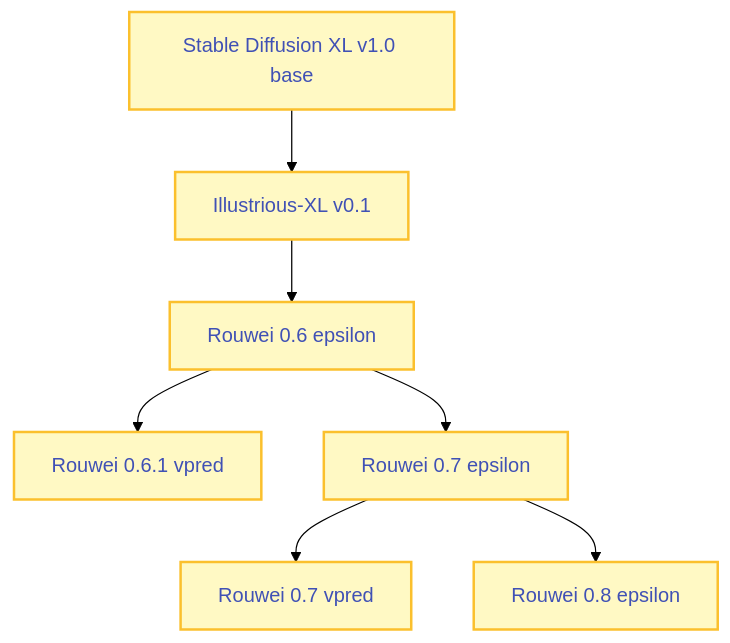
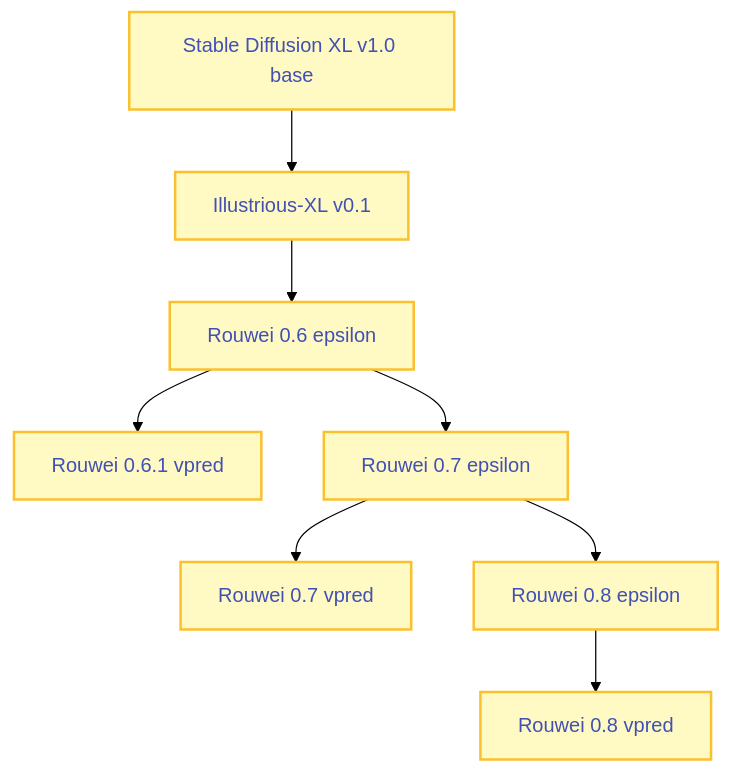
One commit to 2ch-ai/wiki changed the fifth of 5 diagrams in docs/nai/models/stable-diffusion-xl.md. Above: the diagram before and after it, drawn with Mermaid (forest theme). The commit also changed other lines of this file, not shown here.

Commit message:
added info about rouwei 0.8 vpred

````diff
--- a/docs/nai/models/stable-diffusion-xl.md
+++ b/docs/nai/models/stable-diffusion-xl.md
@@ -377,33 +377,36 @@
 ``` mermaid
 flowchart TD
 
 %% Nodes
 SDXL["Stable Diffusion XL v1.0 base"]
 Illustrious_v0.1["Illustrious-XL v0.1"]
 Rouwei_0.6_eps["Rouwei 0.6 epsilon"]
 Rouwei_0.6.1_vpred["Rouwei 0.6.1 vpred"]
 Rouwei_0.7_eps["Rouwei 0.7 epsilon"]
 Rouwei_0.7_vpred["Rouwei 0.7 vpred"]
 Rouwei_0.8_eps["Rouwei 0.8 epsilon"]
+Rouwei_0.8_vpred["Rouwei 0.8 vpred"]
 
 %% Relationships between models
 SDXL --> Illustrious_v0.1
 Illustrious_v0.1 --> Rouwei_0.6_eps
 Rouwei_0.6_eps --> Rouwei_0.6.1_vpred
 Rouwei_0.6_eps --> Rouwei_0.7_eps
 Rouwei_0.7_eps --> Rouwei_0.7_vpred
 Rouwei_0.7_eps --> Rouwei_0.8_eps
+Rouwei_0.8_eps --> Rouwei_0.8_vpred
 
 %% Clickable links
 click SDXL "https://huggingface.co/stabilityai/stable-diffusion-xl-base-1.0"
 click Illustrious_v0.1 "https://civitai.com/models/795765/illustrious-xl"
 click Rouwei_0.6_eps "https://civitai.com/models/950531?modelVersionId=1064213"
 click Rouwei_0.6.1_vpred "https://civitai.com/models/950531?modelVersionId=1130140"
 click Rouwei_0.7_eps "https://civitai.com/models/950531?modelVersionId=1330983"
 click Rouwei_0.7_vpred "https://civitai.com/models/950531?modelVersionId=1360303"
 click Rouwei_0.8_eps "https://civitai.com/models/950531?modelVersionId=1832460"
+click Rouwei_0.8_vpred "https://civitai.com/models/950531?modelVersionId=1882934"
 
 %% Styling
 classDef link fill:#FFF9C4,stroke:#FBC02D,stroke-width:2px,color:#4051b5;
-class SDXL,Illustrious_v0.1,Rouwei_0.6_eps,Rouwei_0.6_vpred,Rouwei_0.6.1_vpred,Rouwei_0.7_eps,Rouwei_0.7_vpred,Rouwei_0.8_eps link;
+class SDXL,Illustrious_v0.1,Rouwei_0.6_eps,Rouwei_0.6_vpred,Rouwei_0.6.1_vpred,Rouwei_0.7_eps,Rouwei_0.7_vpred,Rouwei_0.8_eps,Rouwei_0.8_vpred link;
 ```
````
